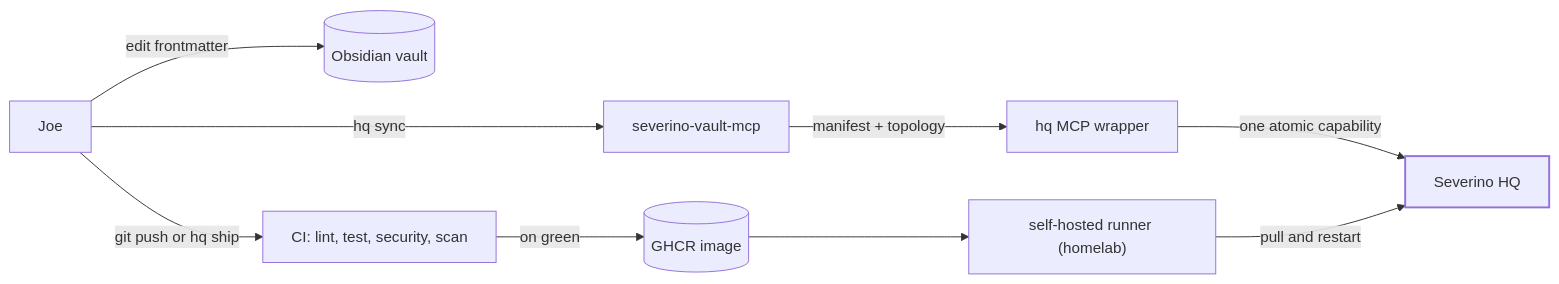
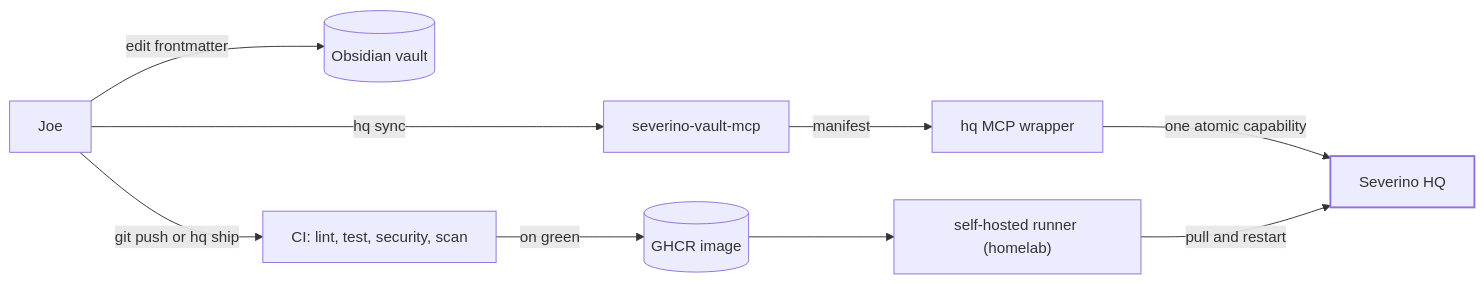
Before and after one commit to joeseverino/severino-hq: the diagram in docs/diagrams/changes-reach-hq.mmd, drawn with Mermaid. The commit also changed 57 other files, not shown here.

```diff
--- a/docs/diagrams/changes-reach-hq.mmd
+++ b/docs/diagrams/changes-reach-hq.mmd
@@ -1,16 +1,16 @@
 flowchart LR
     joe[Joe]
     vault[(Obsidian vault)]
     mcp[severino-vault-mcp]
     hq[Severino HQ]
     ci["CI: lint, test, security, scan"]
     ghcr[(GHCR image)]
     runner["self-hosted runner (homelab)"]
 
     joe -->|edit frontmatter| vault
-    joe -->|hq sync| mcp -->|manifest + topology| cli["hq MCP wrapper"] -->|one atomic capability| hq
+    joe -->|hq sync| mcp -->|manifest| cli["hq MCP wrapper"] -->|one atomic capability| hq
     joe -->|git push or hq ship| ci -->|on green| ghcr --> runner -->|pull and restart| hq
 
     %% the destination every path converges on — styled by .anchor in the shared theme
     classDef anchor stroke-width:2px;
     class hq anchor;
```
